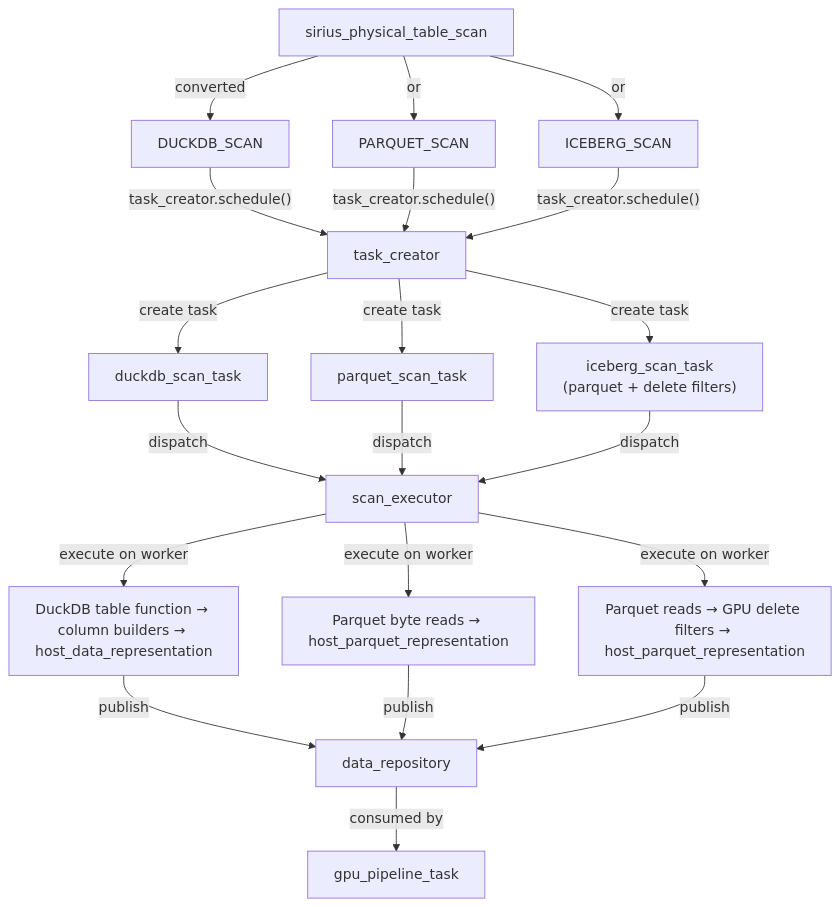
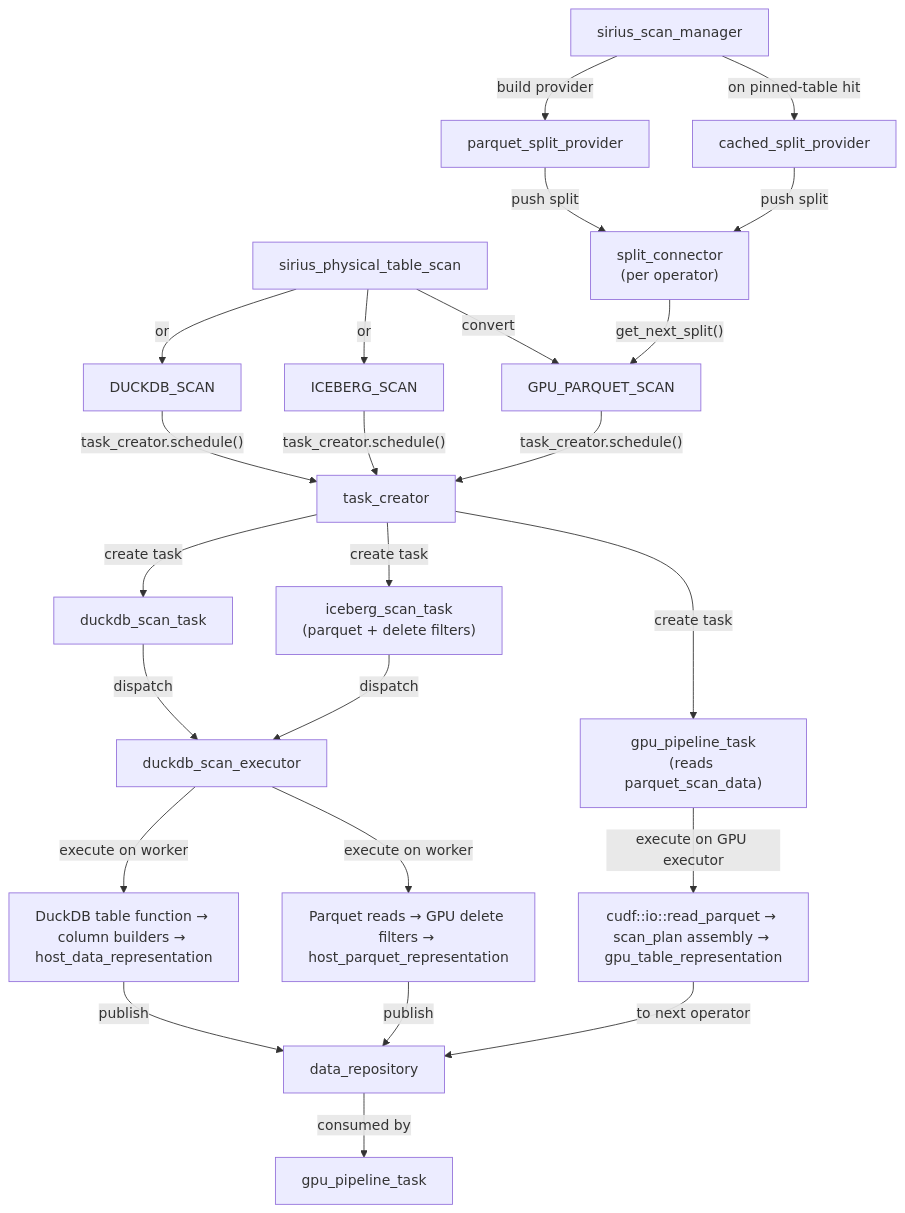
One commit to sirius-db/sirius changed the diagram in docs/super-sirius/scan.md. Above: the diagram before and after it, drawn with Mermaid. The commit also changed other lines of this file and 7 other files, not shown here.

First line of the commit message:
docs: refresh Super Sirius docs for scan manager and recent changes (#768)

````diff
--- a/docs/super-sirius/scan.md
+++ b/docs/super-sirius/scan.md
@@ -303,28 +451,34 @@
 ```mermaid
 graph TD
-    TS[sirius_physical_table_scan] -->|"converted"| DS[DUCKDB_SCAN]
-    TS -->|"or"| PS[PARQUET_SCAN]
+    TS[sirius_physical_table_scan] -->|"convert"| GPS[GPU_PARQUET_SCAN]
+    TS -->|"or"| DS[DUCKDB_SCAN]
     TS -->|"or"| IS[ICEBERG_SCAN]
 
+    SM[sirius_scan_manager] -->|"build provider"| PSP[parquet_split_provider]
+    SM -->|"on pinned-table hit"| CSP[cached_split_provider]
+
+    PSP -->|"push split"| SC["split_connector<br/>(per operator)"]
+    CSP -->|"push split"| SC
+    SC -->|"get_next_split()"| GPS
+
     DS -->|"task_creator.schedule()"| TC[task_creator]
-    PS -->|"task_creator.schedule()"| TC
     IS -->|"task_creator.schedule()"| TC
+    GPS -->|"task_creator.schedule()"| TC
 
     TC -->|"create task"| DST[duckdb_scan_task]
-    TC -->|"create task"| PST[parquet_scan_task]
+    TC -->|"create task"| GPT["gpu_pipeline_task<br/>(reads parquet_scan_data)"]
     TC -->|"create task"| IST["iceberg_scan_task<br/>(parquet + delete filters)"]
 
-    DST -->|"dispatch"| SE[scan_executor]
-    PST -->|"dispatch"| SE
+    DST -->|"dispatch"| SE[duckdb_scan_executor]
     IST -->|"dispatch"| SE
 
     SE -->|"execute on worker"| DST2[DuckDB table function → column builders → host_data_representation]
-    SE -->|"execute on worker"| PST2[Parquet byte reads → host_parquet_representation]
     SE -->|"execute on worker"| IST2["Parquet reads → GPU delete filters → host_parquet_representation"]
+    GPT -->|"execute on GPU executor"| GPS2["cudf::io::read_parquet → scan_plan assembly → gpu_table_representation"]
 
     DST2 -->|"publish"| DR[data_repository]
-    PST2 -->|"publish"| DR
     IST2 -->|"publish"| DR
+    GPS2 -->|"to next operator"| DR
 
-    DR -->|"consumed by"| GPT[gpu_pipeline_task]
+    DR -->|"consumed by"| GPT2[gpu_pipeline_task]
 ```
````
